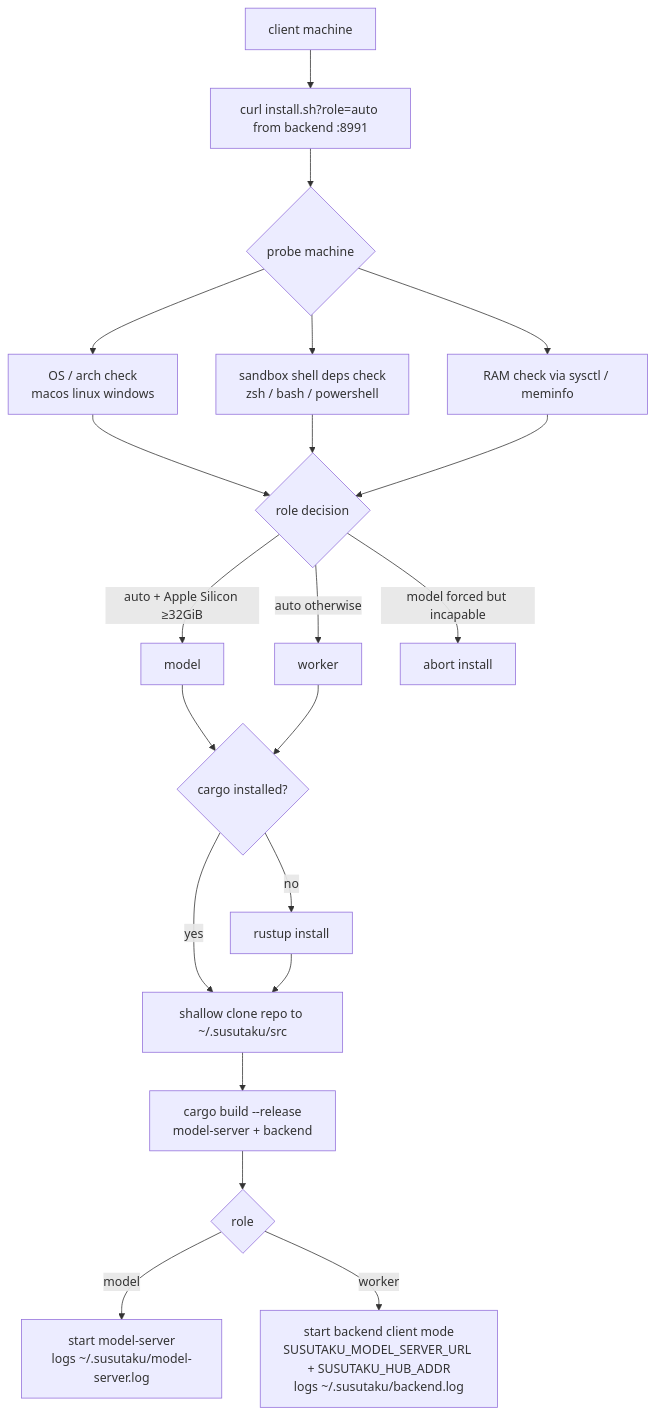
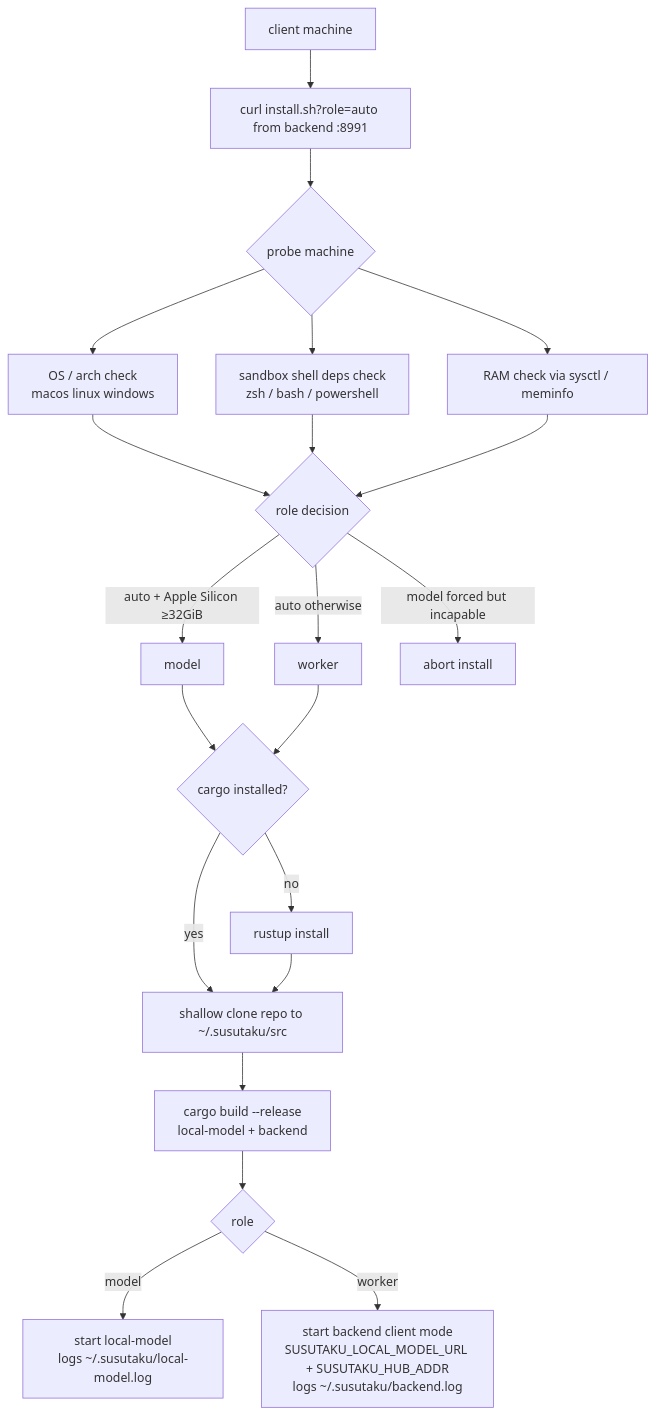
The second of 8 diagrams in docs/remote-clients.md (lidm0707/susutaku), drawn with Mermaid before and after one commit. The commit also changed other lines of this file and 87 other files, not shown here.

Commit message:
chat: route unknown agent models to zai like agents-page test; model_server removal, sandbox and codex auth updates

````diff
--- a/docs/remote-clients.md
+++ b/docs/remote-clients.md
@@ -39,20 +39,20 @@
 ```mermaid
 flowchart TD
     A[client machine] --> B[curl install.sh?role=auto from backend :8991]
     B --> C{probe machine}
     C --> C1[OS / arch check<br/>macos linux windows]
     C --> C2[sandbox shell deps check<br/>zsh / bash / powershell]
     C --> C3[RAM check via sysctl / meminfo]
     C1 & C2 & C3 --> D{role decision}
     D -->|auto + Apple Silicon ≥32GiB| E[model]
     D -->|auto otherwise| F[worker]
     D -->|model forced but incapable| X[abort install]
     E & F --> G{cargo installed?}
     G -->|no| H[rustup install]
     G -->|yes| I
     H --> I[shallow clone repo to ~/.susutaku/src]
-    I --> J[cargo build --release<br/>model-server + backend]
+    I --> J[cargo build --release<br/>local-model + backend]
     J --> K{role}
-    K -->|model| L[start model-server<br/>logs ~/.susutaku/model-server.log]
-    K -->|worker| M[start backend client mode<br/>SUSUTAKU_MODEL_SERVER_URL + SUSUTAKU_HUB_ADDR<br/>logs ~/.susutaku/backend.log]
+    K -->|model| L[start local-model<br/>logs ~/.susutaku/local-model.log]
+    K -->|worker| M[start backend client mode<br/>SUSUTAKU_LOCAL_MODEL_URL + SUSUTAKU_HUB_ADDR<br/>logs ~/.susutaku/backend.log]
 ```
````
